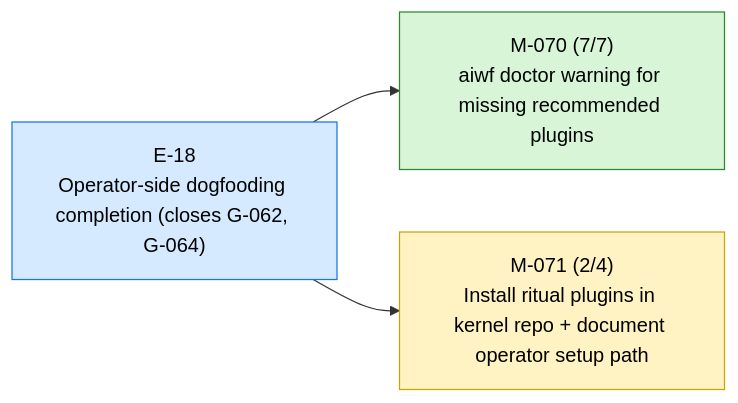
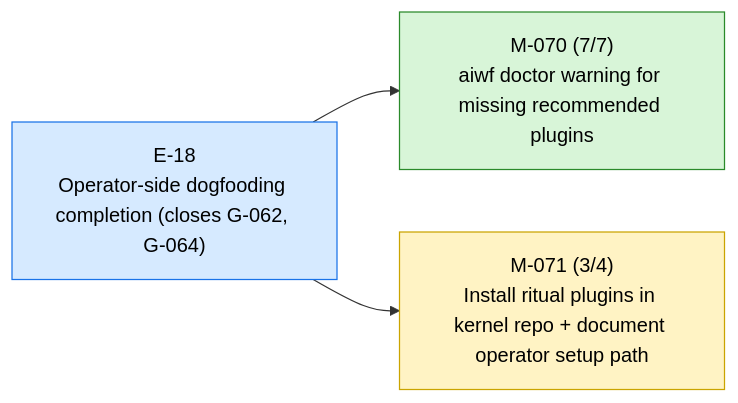
Before and after one commit to 23min/aiwf: the first of 3 diagrams in STATUS.md, drawn with Mermaid. The commit also changed other lines of this file and 1 other file, not shown here.

````diff
--- a/STATUS.md
+++ b/STATUS.md
@@ -12,14 +12,14 @@
 ```mermaid
 flowchart LR
   E_18["E-18<br/>Operator-side dogfooding completion (closes G-062, G-064)"]:::epic_active
   M_070["M-070 (7/7)<br/>aiwf doctor warning for missing recommended plugins"]:::ms_done
   E_18 --> M_070
-  M_071["M-071 (2/4)<br/>Install ritual plugins in kernel repo + document operator setup path"]:::ms_in_progress
+  M_071["M-071 (3/4)<br/>Install ritual plugins in kernel repo + document operator setup path"]:::ms_in_progress
   E_18 --> M_071
   classDef epic_active fill:#d6eaff,stroke:#1a73e8,color:#000
   classDef epic_proposed fill:#f4f4f4,stroke:#888,color:#000
   classDef ms_done fill:#d8f5d8,stroke:#2a8a2a,color:#000
   classDef ms_in_progress fill:#fff3c4,stroke:#caa400,color:#000
   classDef ms_draft fill:#f4f4f4,stroke:#888,color:#000
   classDef ms_cancelled fill:#fbeaea,stroke:#c33,color:#000
 ```
````
